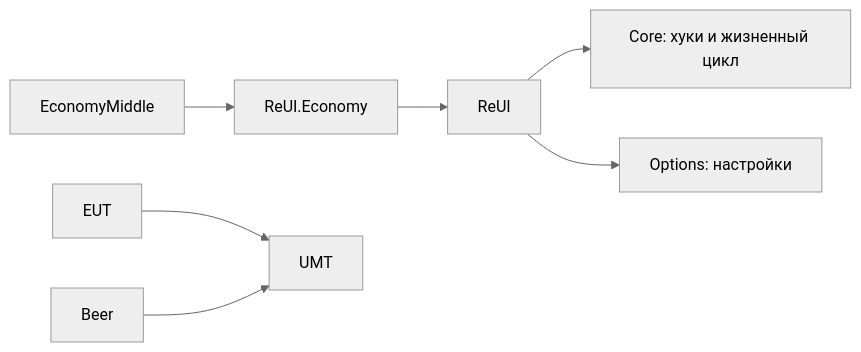
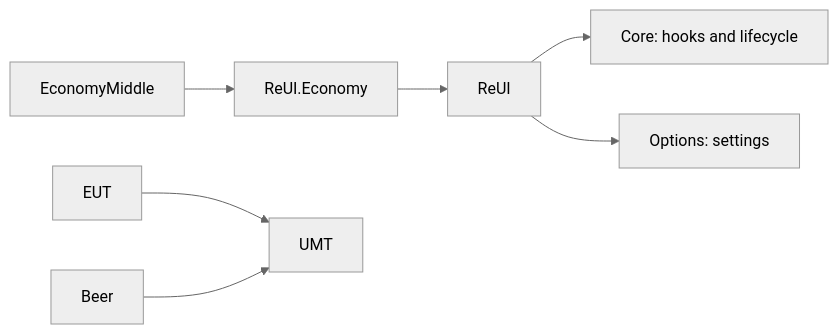
The diagram in Context/dependency-map.md (tfckatsu-cpu/Claret), drawn with Mermaid (neutral theme) before and after one commit. The commit also changed other lines of this file and 37 other files, not shown here.

````diff
--- a/Context/dependency-map.md
+++ b/Context/dependency-map.md
@@ -7,9 +11,9 @@
 ```mermaid
 flowchart LR
   EconomyMiddle --> Economy[ReUI.Economy]
   Economy --> ReUI
   EUT --> UMT
   Beer --> UMT
-  ReUI --> Core[Core: хуки и жизненный цикл]
-  ReUI --> Options[Options: настройки]
+  ReUI --> Core[Core: hooks and lifecycle]
+  ReUI --> Options[Options: settings]
 ```
````
